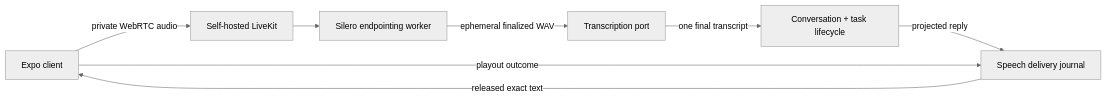
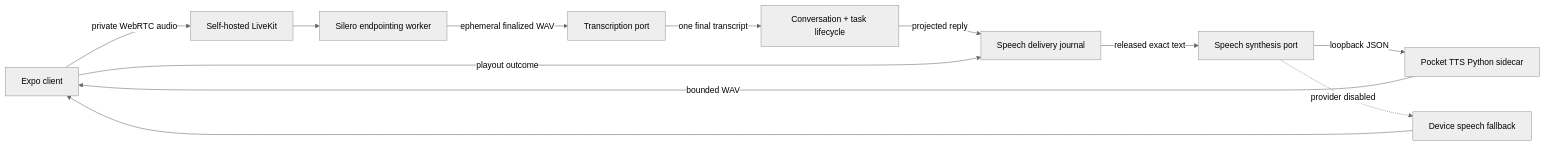
One commit to 4romgod/vera changed diagram 14 of 17 in docs/system-architecture.md. Above: the diagram before and after it, drawn with Mermaid (neutral theme). The commit also changed other lines of this file and 114 other files, not shown here.

````diff
--- a/docs/system-architecture.md
+++ b/docs/system-architecture.md
@@ -877,10 +879,14 @@
 ```mermaid
 flowchart LR
     PHONE["Expo client"] -->|"private WebRTC audio"| LK["Self-hosted LiveKit"]
     LK --> VAD["Silero endpointing worker"]
     VAD -->|"ephemeral finalized WAV"| TX["Transcription port"]
     TX -->|"one final transcript"| TASK["Conversation + task lifecycle"]
     TASK -->|"projected reply"| JOURNAL["Speech delivery journal"]
-    JOURNAL -->|"released exact text"| PHONE
+    JOURNAL -->|"released exact text"| SPEECH["Speech synthesis port"]
+    SPEECH -->|"loopback JSON"| POCKET["Pocket TTS Python sidecar"]
+    POCKET -->|"bounded WAV"| PHONE
+    SPEECH -. "provider disabled" .-> DEVICE["Device speech fallback"]
+    DEVICE --> PHONE
     PHONE -->|"playout outcome"| JOURNAL
 ```
````
